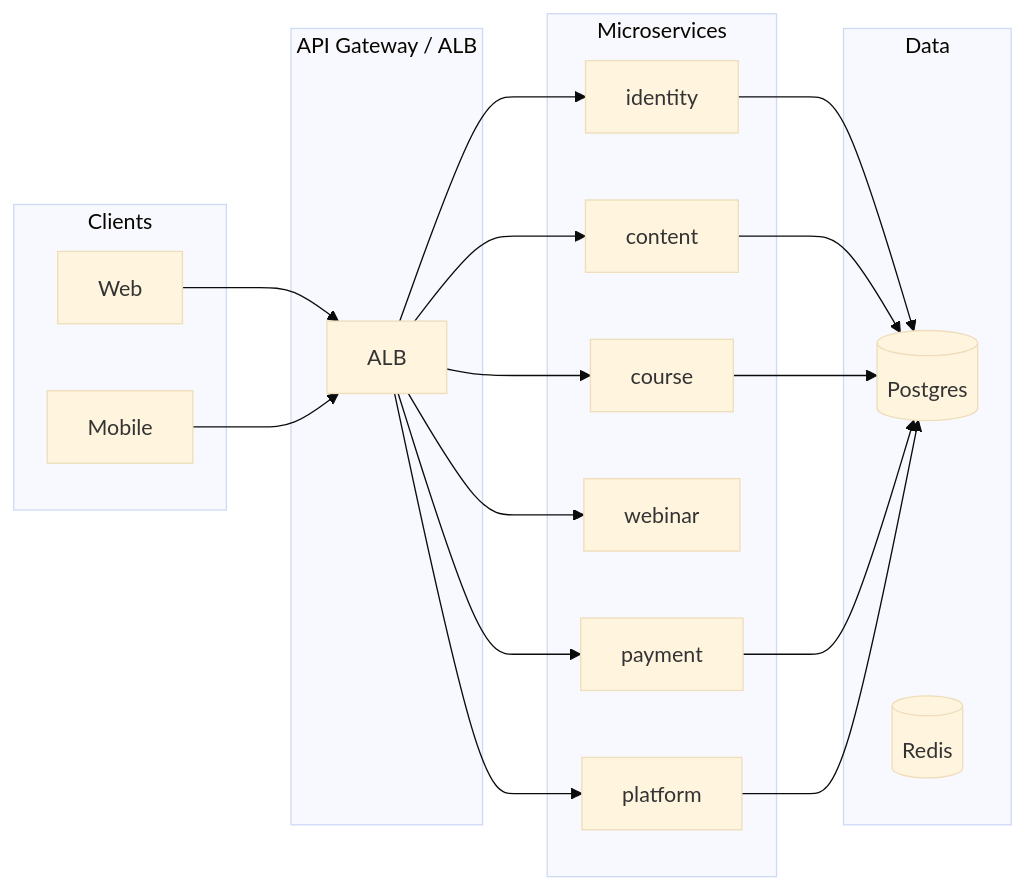
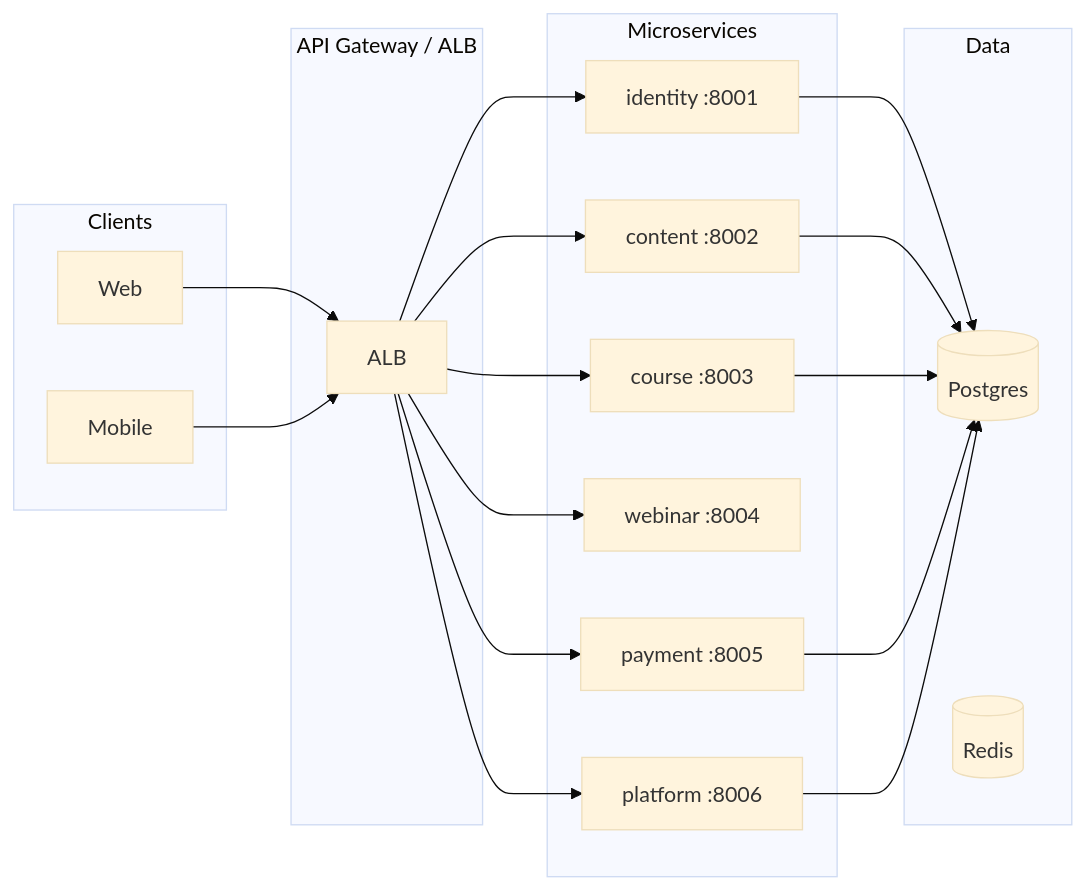
The diagram in README.md (scalixity-dev/docfliq-backend), drawn with Mermaid (base theme) before and after one commit. The commit also changed other lines of this file and 17 other files, not shown here.

First line of the commit message:
feat: create initial content schema with models and migrations

````diff
--- a/README.md
+++ b/README.md
@@ -11,35 +11,35 @@
 ```mermaid
 flowchart LR
   subgraph clients [Clients]
     Web[Web]
     Mobile[Mobile]
   end
   subgraph gateway [API Gateway / ALB]
     ALB[ALB]
   end
   subgraph services [Microservices]
-    Identity[identity]
-    Content[content]
-    Course[course]
-    Webinar[webinar]
-    Payment[payment]
-    Platform[platform]
+    Identity[identity :8001]
+    Content[content :8002]
+    Course[course :8003]
+    Webinar[webinar :8004]
+    Payment[payment :8005]
+    Platform[platform :8006]
   end
   subgraph data [Data]
     RDS[(Postgres)]
     Redis[(Redis)]
   end
   Web --> ALB
   Mobile --> ALB
   ALB --> Identity
   ALB --> Content
   ALB --> Course
   ALB --> Webinar
   ALB --> Payment
   ALB --> Platform
   Identity --> RDS
   Content --> RDS
   Course --> RDS
   Payment --> RDS
   Platform --> RDS
 ```
````
